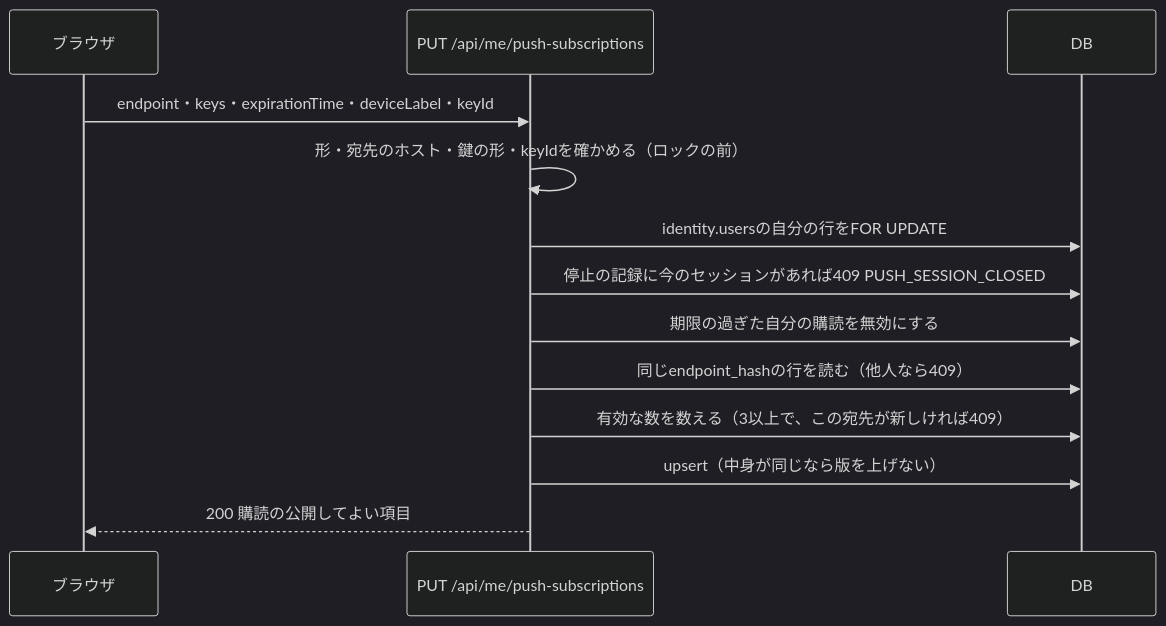
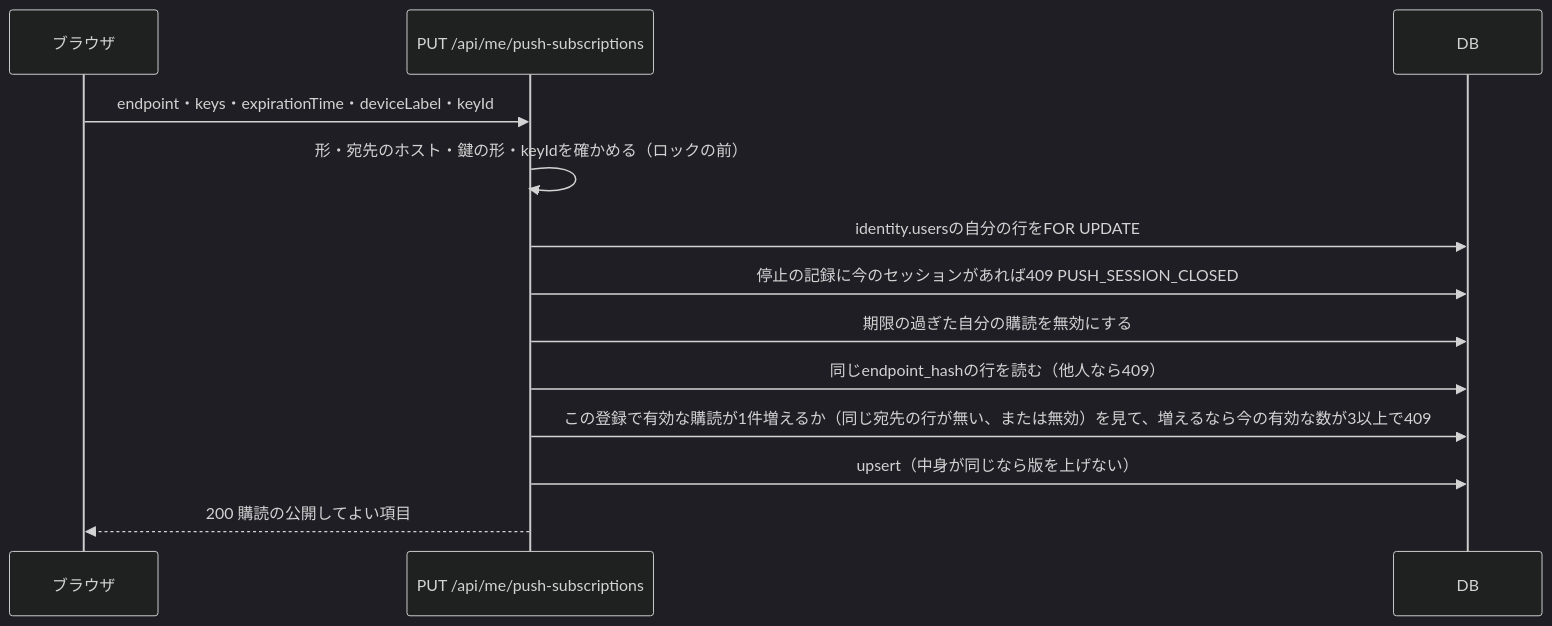
One commit to oze-xxbumpxx/Tomotabi changed the fifth of 6 diagrams in docs/designs/push-notifications.md. Above: the diagram before and after it, drawn with Mermaid (dark theme). The commit also changed other lines of this file, not shown here.

````diff
--- a/docs/designs/push-notifications.md
+++ b/docs/designs/push-notifications.md
@@ -156,15 +157,15 @@
 ```mermaid
 sequenceDiagram
   participant B as ブラウザ
   participant API as PUT /api/me/push-subscriptions
   participant DB as DB
   B->>API: endpoint・keys・expirationTime・deviceLabel・keyId
   API->>API: 形・宛先のホスト・鍵の形・keyIdを確かめる（ロックの前）
   API->>DB: identity.usersの自分の行をFOR UPDATE
   API->>DB: 停止の記録に今のセッションがあれば409 PUSH_SESSION_CLOSED
   API->>DB: 期限の過ぎた自分の購読を無効にする
   API->>DB: 同じendpoint_hashの行を読む（他人なら409）
-  API->>DB: 有効な数を数える（3以上で、この宛先が新しければ409）
+  API->>DB: この登録で有効な購読が1件増えるか（同じ宛先の行が無い、または無効）を見て、増えるなら今の有効な数が3以上で409
   API->>DB: upsert（中身が同じなら版を上げない）
   API-->>B: 200 購読の公開してよい項目
 ```
````
